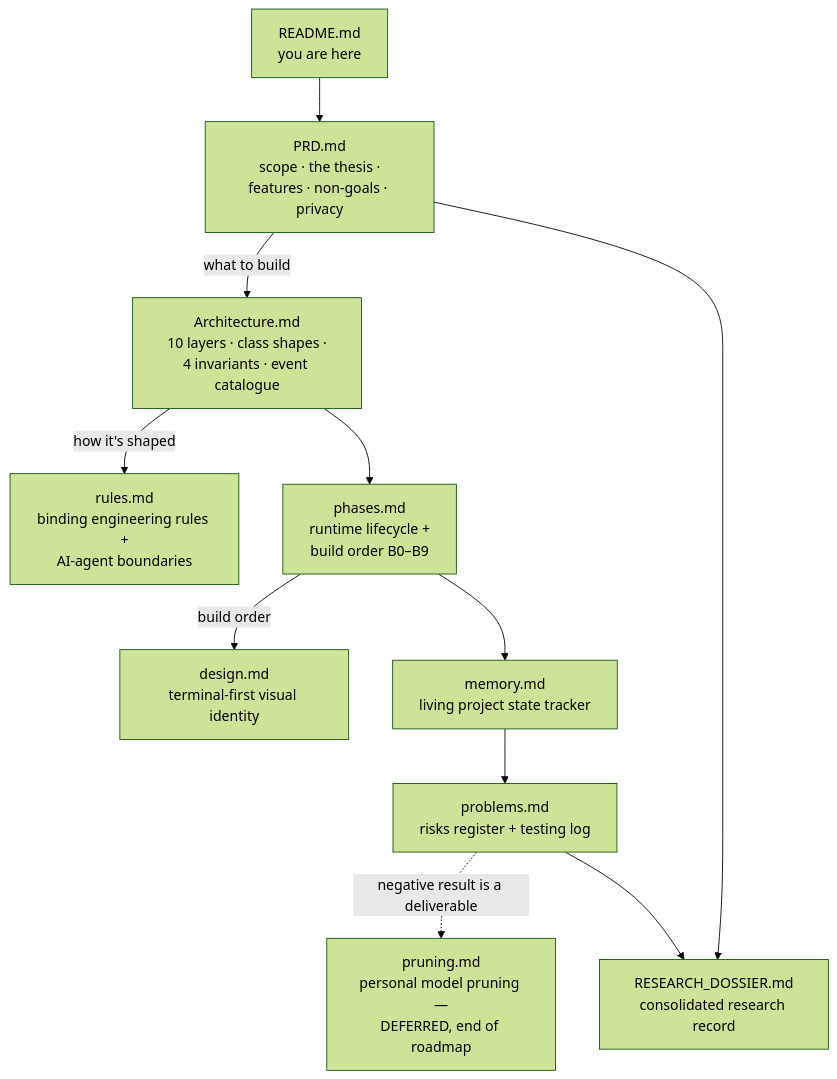
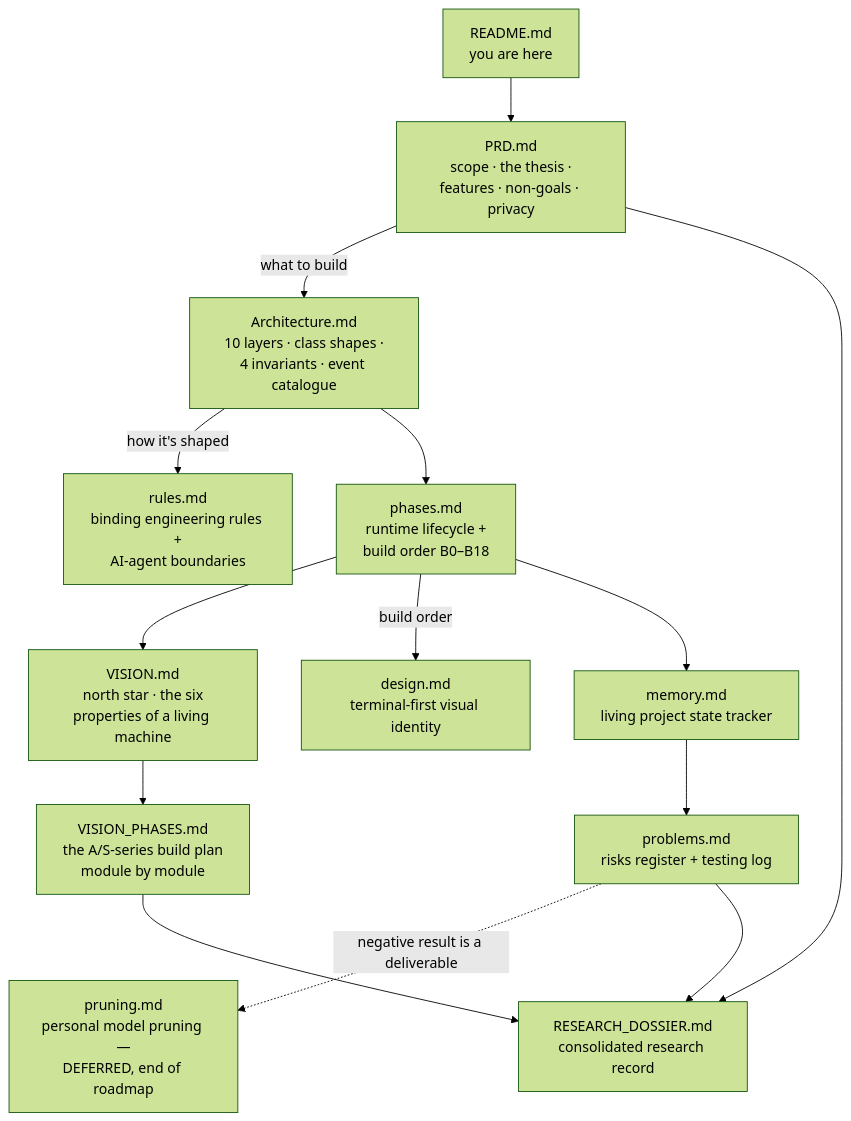
One commit to bhanot-99/NeuroPACA changed the second of 2 diagrams in README.md. Above: the diagram before and after it, drawn with Mermaid (forest theme). The commit also changed other lines of this file and 15 other files, not shown here.

````diff
--- a/README.md
+++ b/README.md
@@ -313,24 +405,29 @@
 ```mermaid
 flowchart TD
     README["README.md<br/>you are here"]
     PRD["PRD.md<br/>scope · the thesis ·<br/>features · non-goals · privacy"]
     ARCH["Architecture.md<br/>10 layers · class shapes ·<br/>4 invariants · event catalogue"]
     RULES["rules.md<br/>binding engineering rules +<br/>AI-agent boundaries"]
-    PHASES["phases.md<br/>runtime lifecycle +<br/>build order B0–B9"]
+    PHASES["phases.md<br/>runtime lifecycle +<br/>build order B0–B18"]
+    VISION["VISION.md<br/>north star · the six<br/>properties of a living machine"]
+    VPHASES["VISION_PHASES.md<br/>the A/S-series build plan<br/>module by module"]
     DESIGN["design.md<br/>terminal-first visual identity"]
     MEMORY["memory.md<br/>living project state tracker"]
     PROBLEMS["problems.md<br/>risks register + testing log"]
     PRUNING["pruning.md<br/>personal model pruning —<br/>DEFERRED, end of roadmap"]
     DOSSIER["RESEARCH_DOSSIER.md<br/>consolidated research record"]
 
     README --> PRD
     PRD -->|what to build| ARCH
     ARCH -->|how it's shaped| RULES
     ARCH --> PHASES
+    PHASES --> VISION
+    VISION --> VPHASES
     PHASES -->|build order| DESIGN
     PHASES --> MEMORY
     MEMORY --> PROBLEMS
     PROBLEMS -.->|negative result is a deliverable| PRUNING
     PRD --> DOSSIER
     PROBLEMS --> DOSSIER
+    VPHASES --> DOSSIER
 ```
````
